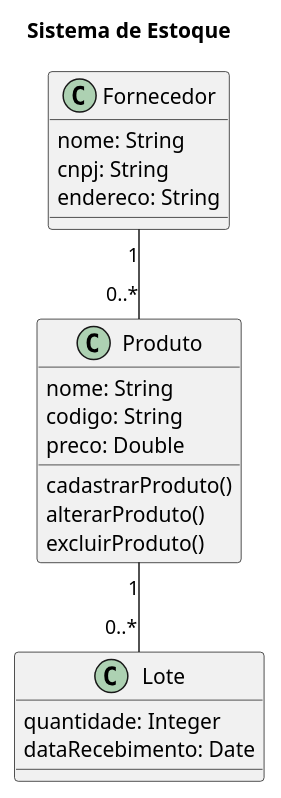
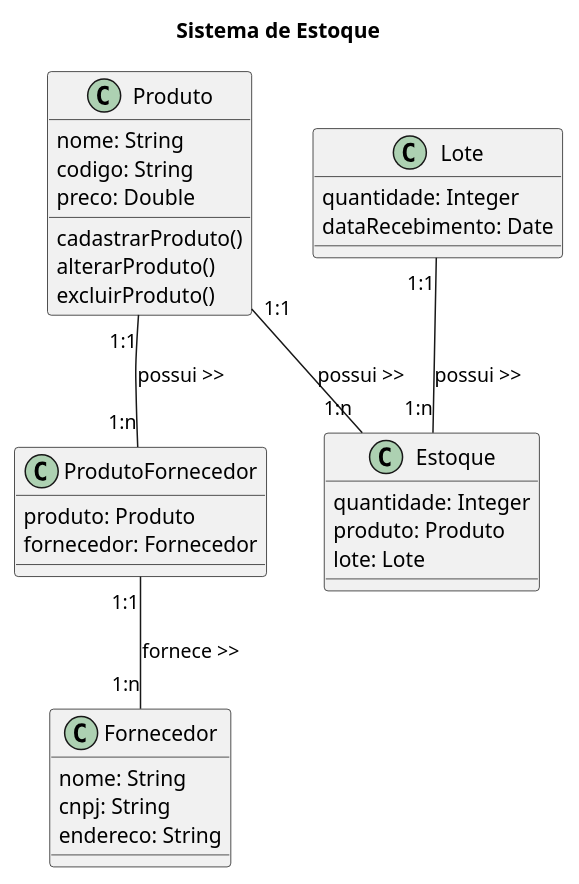
One commit to luiz-david05/APS-2024.2 changed the diagram in atividade_diagrama_classes/q2.puml. Above: the diagram before and after it, drawn with PlantUML. The commit also changed 7 other files, not shown here.

```diff
--- a/atividade_diagrama_classes/q2.puml
+++ b/atividade_diagrama_classes/q2.puml
@@ -1,25 +1,39 @@
 @startuml Sistema de Estoque
 title Sistema de Estoque
 class Produto {
     nome: String
     codigo: String
     preco: Double
     cadastrarProduto()
     alterarProduto()
     excluirProduto()
 }
 
 class Fornecedor {
     nome: String
     cnpj: String
     endereco: String
 }
 
 class Lote {
     quantidade: Integer
     dataRecebimento: Date
 }
 
-Produto "1" -- "0..*" Lote
-Fornecedor "1" -- "0..*" Produto
+class Estoque {
+    quantidade: Integer
+    produto: Produto
+    lote: Lote
+}
+
+class ProdutoFornecedor {
+    produto: Produto
+    fornecedor: Fornecedor
+}
+
+Produto "1:1" -- "1:n" Estoque: possui >>
+Produto "1:1" -- "1:n" ProdutoFornecedor: possui >>
+ProdutoFornecedor "1:1" -- "1:n" Fornecedor: fornece >>
+Lote "1:1" -- "1:n" Estoque: possui >>
+
 @enduml
```
